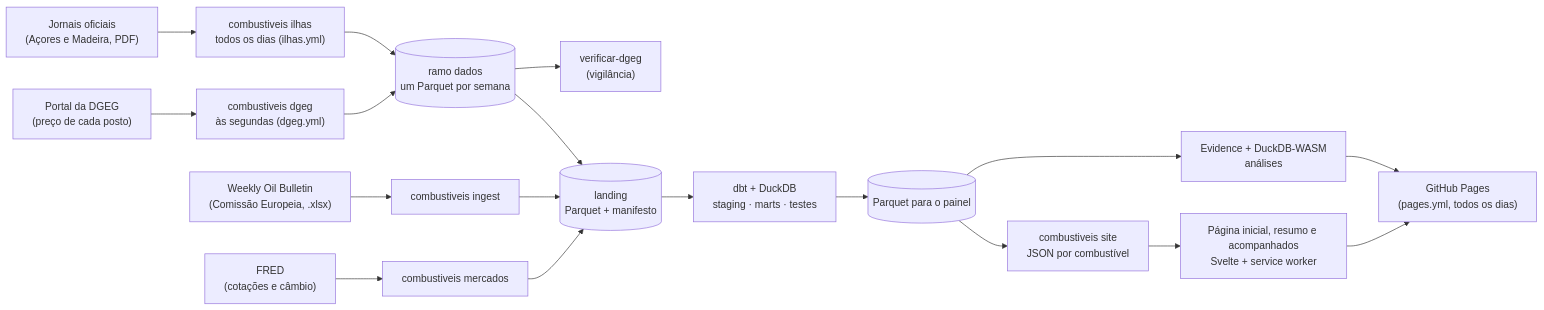
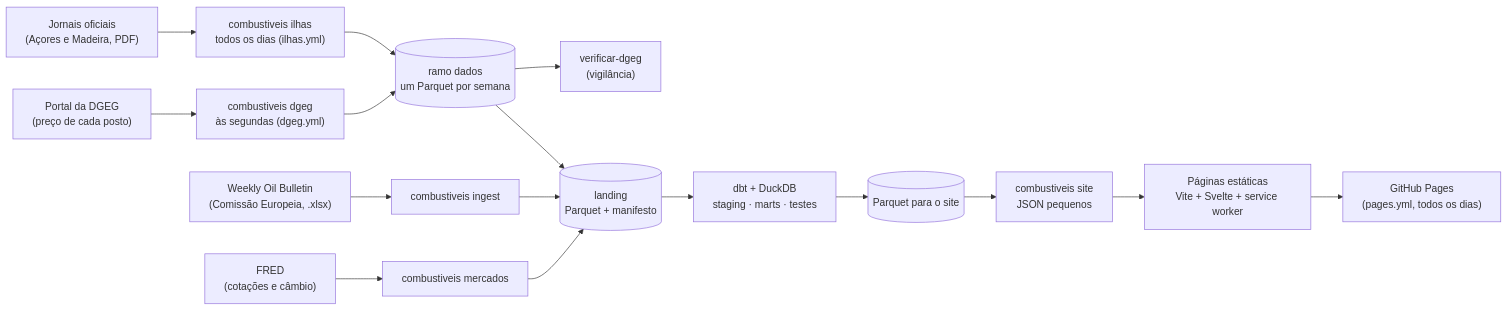
One commit to JoseFerrao20/combustiveis-pt changed the diagram in README.md. Above: the diagram before and after it, drawn with Mermaid. The commit also changed other lines of this file and 87 other files, not shown here.

First line of the commit message:
O site sem o Evidence: as análises em páginas leves (#42)

````diff
--- a/README.md
+++ b/README.md
@@ -83,20 +83,18 @@
 ```mermaid
 flowchart LR
   WOB["Weekly Oil Bulletin<br/>(Comissão Europeia, .xlsx)"] --> I["combustiveis ingest"]
   DGEG["Portal da DGEG<br/>(preço de cada posto)"] --> S["combustiveis dgeg<br/>às segundas (dgeg.yml)"]
   FRED["FRED<br/>(cotações e câmbio)"] --> M["combustiveis mercados"]
   JO["Jornais oficiais<br/>(Açores e Madeira, PDF)"] --> IL["combustiveis ilhas<br/>todos os dias (ilhas.yml)"]
   IL --> H
   S --> H[("ramo dados<br/>um Parquet por semana")]
   H --> V["verificar-dgeg<br/>(vigilância)"]
   H --> L
   I --> L[("landing<br/>Parquet + manifesto")]
   M --> L
   L --> D["dbt + DuckDB<br/>staging · marts · testes"]
-  D --> R[("Parquet para o painel")]
-  R --> E["Evidence + DuckDB-WASM<br/>análises"]
-  R --> J["combustiveis site<br/>JSON por combustível"]
-  J --> A["Página inicial, resumo e acompanhados<br/>Svelte + service worker"]
-  E --> P["GitHub Pages<br/>(pages.yml, todos os dias)"]
-  A --> P
+  D --> R[("Parquet para o site")]
+  R --> J["combustiveis site<br/>JSON pequenos"]
+  J --> A["Páginas estáticas<br/>Vite + Svelte + service worker"]
+  A --> P["GitHub Pages<br/>(pages.yml, todos os dias)"]
 ```
````
